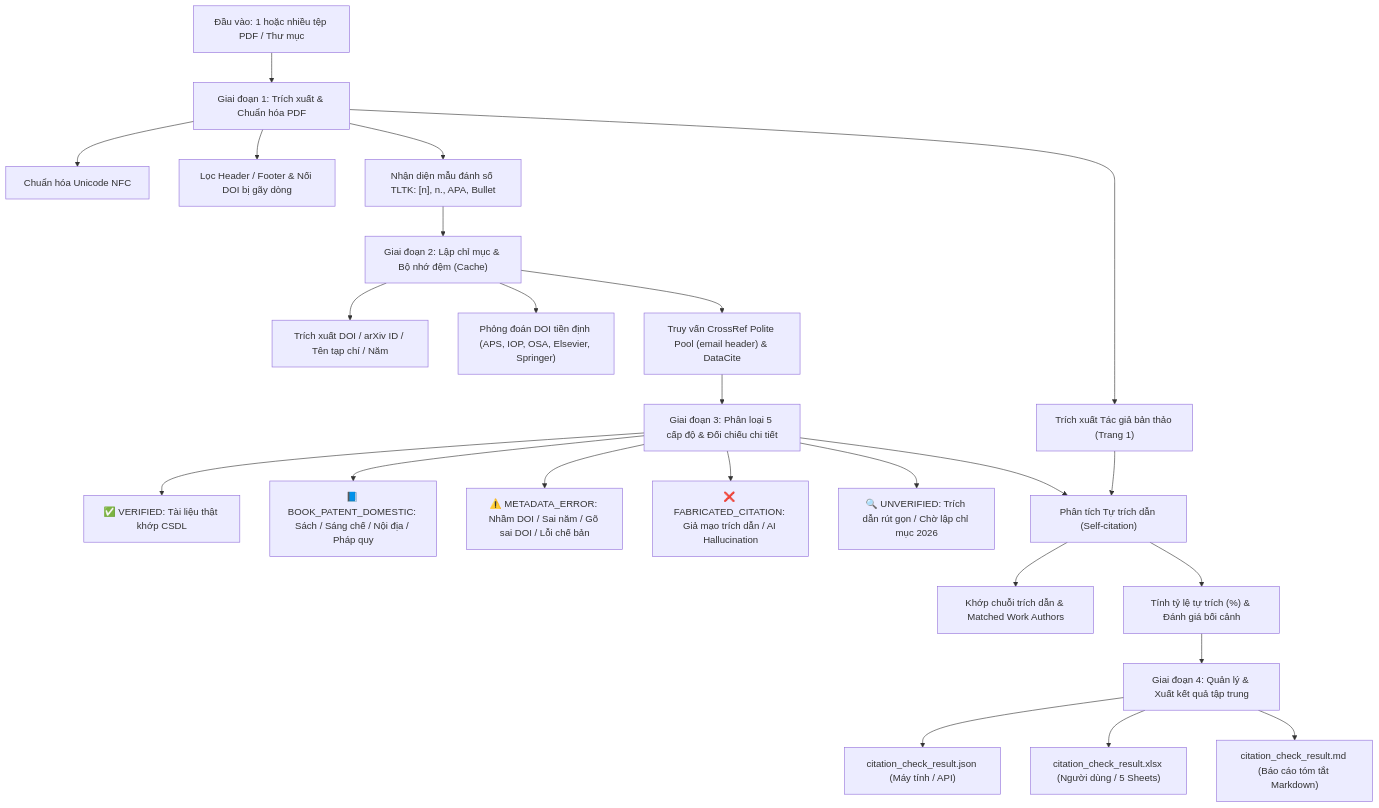
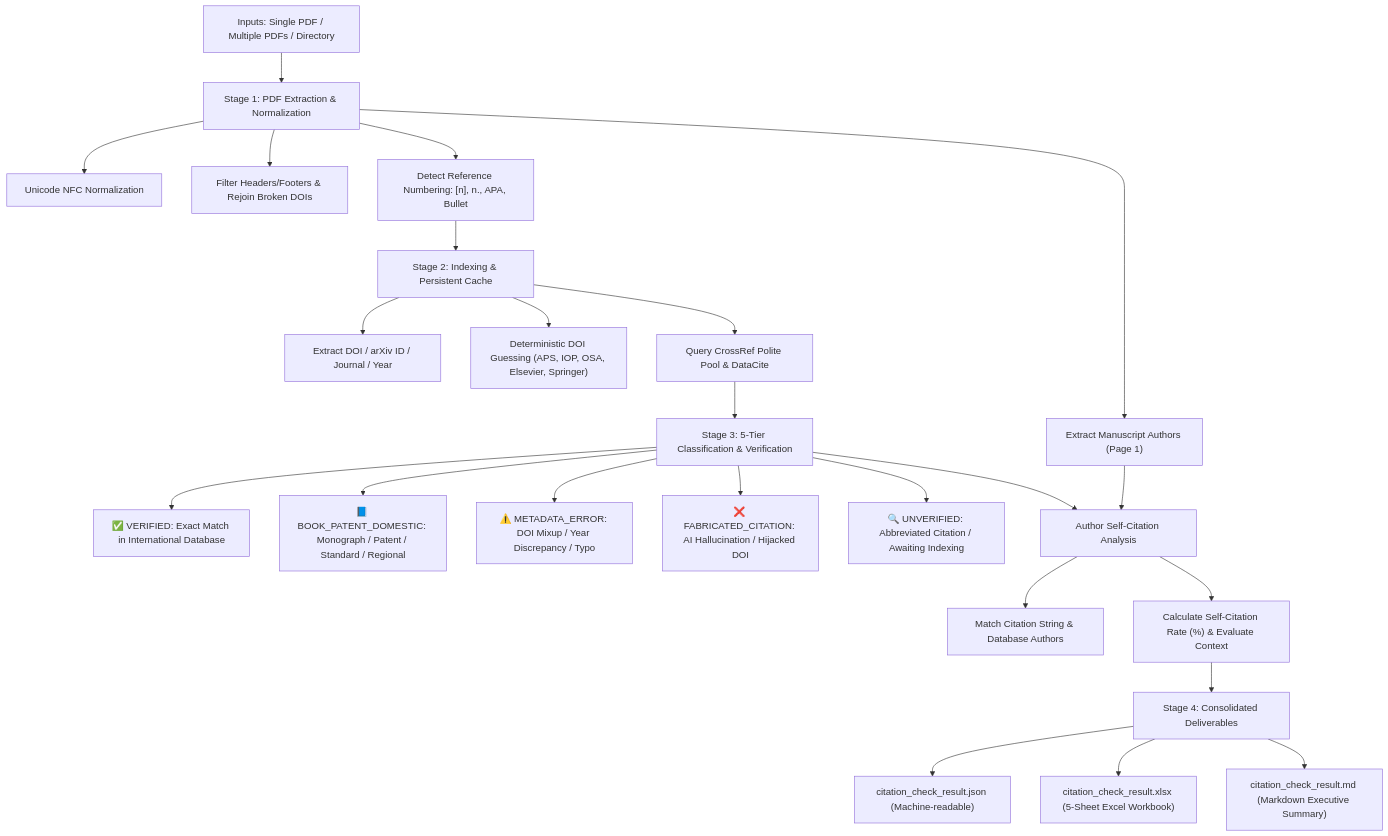
Before and after one commit to minhdoan00/pdf-citation-audit: the diagram in SKILL.md, drawn with Mermaid. The commit also changed other lines of this file and 5 other files, not shown here.

````diff
--- a/SKILL.md
+++ b/SKILL.md
@@ -42,30 +53,30 @@
 ```mermaid
 flowchart TD
-    A["Đầu vào: 1 hoặc nhiều tệp PDF / Thư mục"] --> B["Giai đoạn 1: Trích xuất & Chuẩn hóa PDF"]
-    B --> B1["Chuẩn hóa Unicode NFC"]
-    B --> B2["Trích xuất Tác giả bản thảo (Trang 1)"]
-    B --> B3["Lọc Header / Footer & Nối DOI bị gãy dòng"]
-    B --> B4["Nhận diện mẫu đánh số TLTK: [n], n., APA, Bullet"]
+    A["Inputs: Single PDF / Multiple PDFs / Directory"] --> B["Stage 1: PDF Extraction & Normalization"]
+    B --> B1["Unicode NFC Normalization"]
+    B --> B2["Extract Manuscript Authors (Page 1)"]
+    B --> B3["Filter Headers/Footers & Rejoin Broken DOIs"]
+    B --> B4["Detect Reference Numbering: [n], n., APA, Bullet"]
     
-    B4 --> C["Giai đoạn 2: Lập chỉ mục & Bộ nhớ đệm (Cache)"]
-    C --> C1["Trích xuất DOI / arXiv ID / Tên tạp chí / Năm"]
-    C --> C2["Phỏng đoán DOI tiền định (APS, IOP, OSA, Elsevier, Springer)"]
-    C --> C3["Truy vấn CrossRef Polite Pool (email header) & DataCite"]
+    B4 --> C["Stage 2: Indexing & Persistent Cache"]
+    C --> C1["Extract DOI / arXiv ID / Journal / Year"]
+    C --> C2["Deterministic DOI Guessing (APS, IOP, OSA, Elsevier, Springer)"]
+    C --> C3["Query CrossRef Polite Pool & DataCite"]
     
-    C3 --> D["Giai đoạn 3: Phân loại 5 cấp độ & Đối chiếu chi tiết"]
-    D --> D1["✅ VERIFIED: Tài liệu thật khớp CSDL"]
-    D --> D2["📘 BOOK_PATENT_DOMESTIC: Sách / Sáng chế / Nội địa / Pháp quy"]
-    D --> D3["⚠️ METADATA_ERROR: Nhầm DOI / Sai năm / Gõ sai DOI / Lỗi chế bản"]
-    D --> D4["❌ FABRICATED_CITATION: Giả mạo trích dẫn / AI Hallucination"]
-    D --> D5["🔍 UNVERIFIED: Trích dẫn rút gọn / Chờ lập chỉ mục 2026"]
+    C3 --> D["Stage 3: 5-Tier Classification & Verification"]
+    D --> D1["✅ VERIFIED: Exact Match in International Database"]
+    D --> D2["📘 BOOK_PATENT_DOMESTIC: Monograph / Patent / Standard / Regional"]
+    D --> D3["⚠️ METADATA_ERROR: DOI Mixup / Year Discrepancy / Typo"]
+    D --> D4["❌ FABRICATED_CITATION: AI Hallucination / Hijacked DOI"]
+    D --> D5["🔍 UNVERIFIED: Abbreviated Citation / Awaiting Indexing"]
     
-    B2 --> S["Phân tích Tự trích dẫn (Self-citation)"]
+    B2 --> S["Author Self-Citation Analysis"]
     D --> S
-    S --> S1["Khớp chuỗi trích dẫn & Matched Work Authors"]
-    S --> S2["Tính tỷ lệ tự trích (%) & Đánh giá bối cảnh"]
+    S --> S1["Match Citation String & Database Authors"]
+    S --> S2["Calculate Self-Citation Rate (%) & Evaluate Context"]
     
-    S2 --> E["Giai đoạn 4: Quản lý & Xuất kết quả tập trung"]
-    E --> E1["citation_check_result.json (Máy tính / API)"]
-    E --> E2["citation_check_result.xlsx (Người dùng / 5 Sheets)"]
-    E --> E3["citation_check_result.md (Báo cáo tóm tắt Markdown)"]
+    S2 --> E["Stage 4: Consolidated Deliverables"]
+    E --> E1["citation_check_result.json (Machine-readable)"]
+    E --> E2["citation_check_result.xlsx (5-Sheet Excel Workbook)"]
+    E --> E3["citation_check_result.md (Markdown Executive Summary)"]
 ```
````
